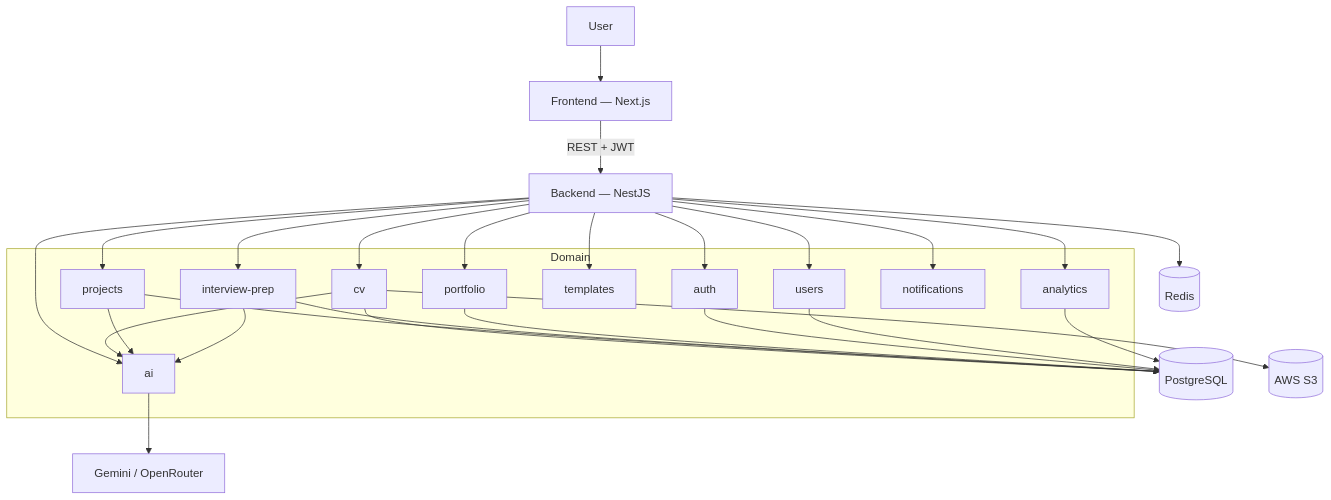
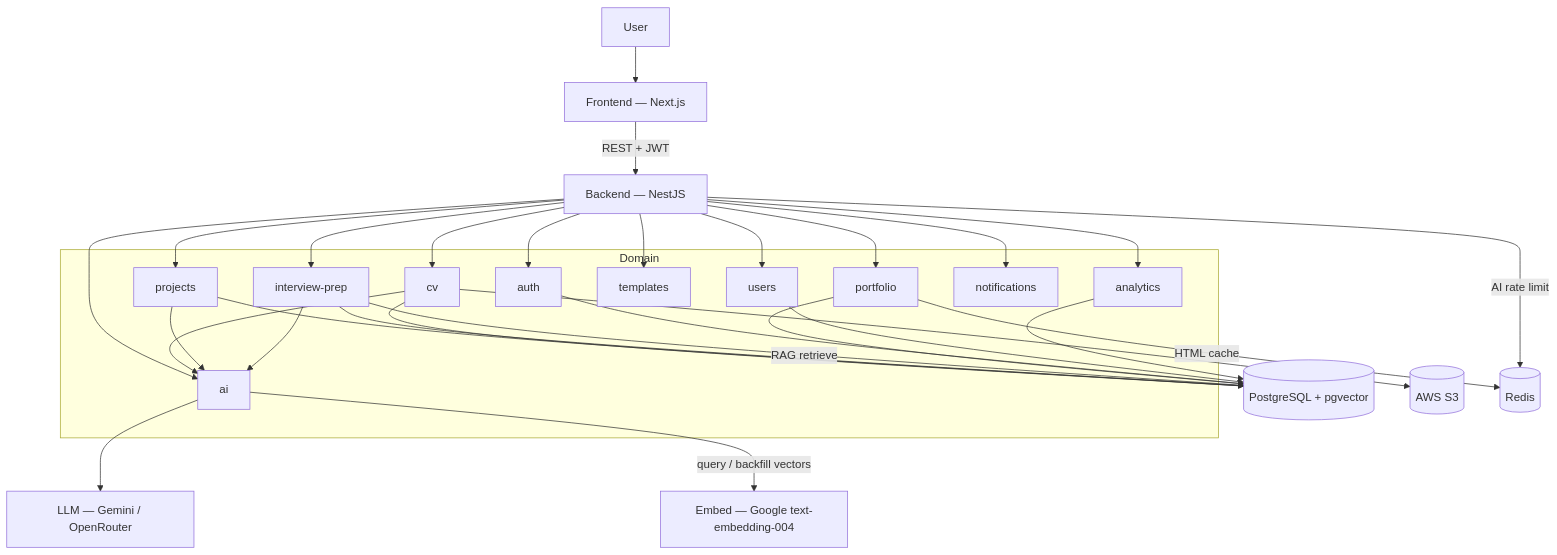
The first of 13 diagrams in README.md (dainv123/resumate), drawn with Mermaid before and after one commit. The commit also changed other lines of this file, not shown here.

````diff
--- a/README.md
+++ b/README.md
@@ -55,35 +55,39 @@
 ```mermaid
 flowchart TB
   User[User]
   FE[Frontend — Next.js]
   BE[Backend — NestJS]
 
   subgraph Domain
     Auth[auth]
     Users[users]
     CV[cv]
     Projects[projects]
     Portfolio[portfolio]
     Templates[templates]
     AI[ai]
     Analytics[analytics]
     Prep[interview-prep]
     Notify[notifications]
   end
 
-  PG[(PostgreSQL)]
+  PG[("PostgreSQL + pgvector")]
   S3[(AWS S3)]
   Redis[(Redis)]
-  LLM[Gemini / OpenRouter]
+  LLM[LLM — Gemini / OpenRouter]
+  Emb[Embed — Google text-embedding-004]
 
   User --> FE
   FE -->|REST + JWT| BE
   BE --> Auth & Users & CV & Projects & Portfolio & Templates & AI & Analytics & Prep & Notify
   CV --> PG & S3 & AI
   Projects --> PG & AI
   Prep --> PG & AI
+  Prep -->|RAG retrieve| PG
   Portfolio --> PG
+  Portfolio -->|HTML cache| Redis
   Auth & Users & Analytics --> PG
   AI --> LLM
-  BE --> Redis
+  AI -->|query / backfill vectors| Emb
+  BE -->|AI rate limit| Redis
 ```
````
